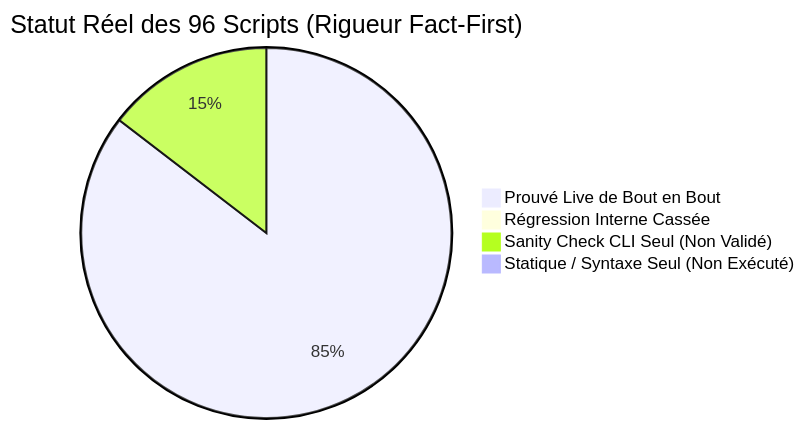
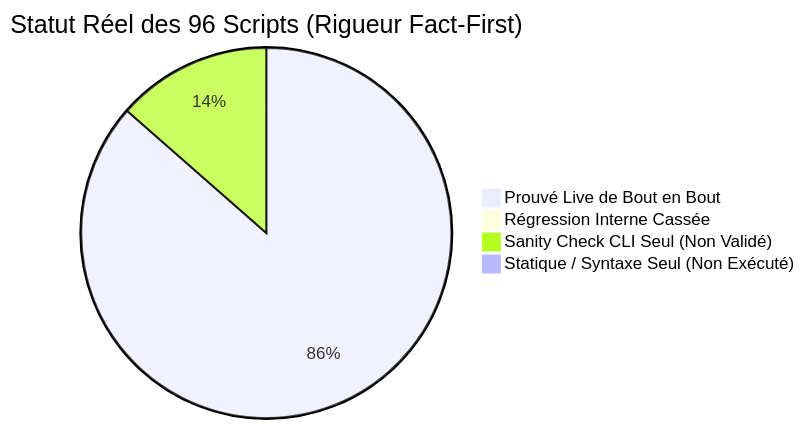
Before and after one commit to yoyonel/pydbsrt: the diagram in docs/reference/2026-11-10-audit-exhaustif-scripts-regressions.md, drawn with Mermaid. The commit also changed other lines of this file and 3 other files, not shown here.

Commit message:
fix(ingestion): dynamic root, complexity reduction and cli check mode in enrich snippets metadata (#69)

````diff
--- a/docs/reference/2026-11-10-audit-exhaustif-scripts-regressions.md
+++ b/docs/reference/2026-11-10-audit-exhaustif-scripts-regressions.md
@@ -16,7 +16,7 @@
 ```mermaid
 pie title Statut Réel des 96 Scripts (Rigueur Fact-First)
-    "Prouvé Live de Bout en Bout" : 82
+    "Prouvé Live de Bout en Bout" : 83
     "Régression Interne Cassée" : 0
-    "Sanity Check CLI Seul (Non Validé)" : 14
+    "Sanity Check CLI Seul (Non Validé)" : 13
     "Statique / Syntaxe Seul (Non Exécuté)" : 0
 ```
````
